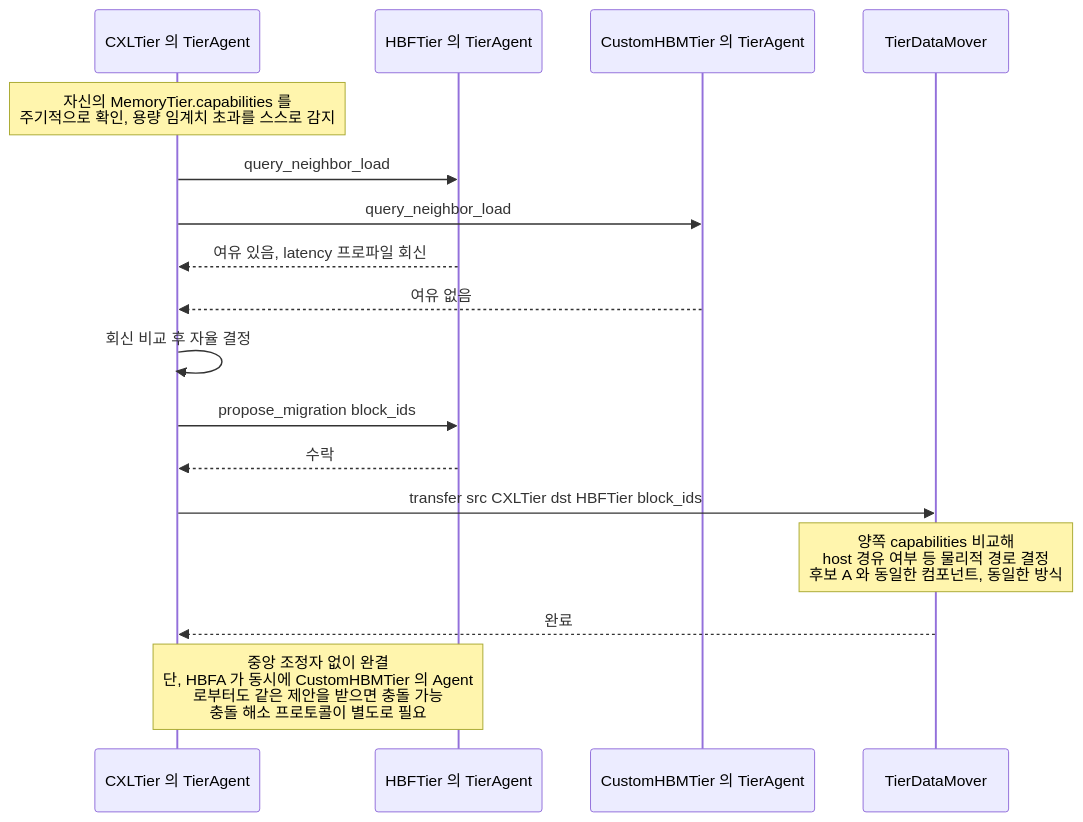
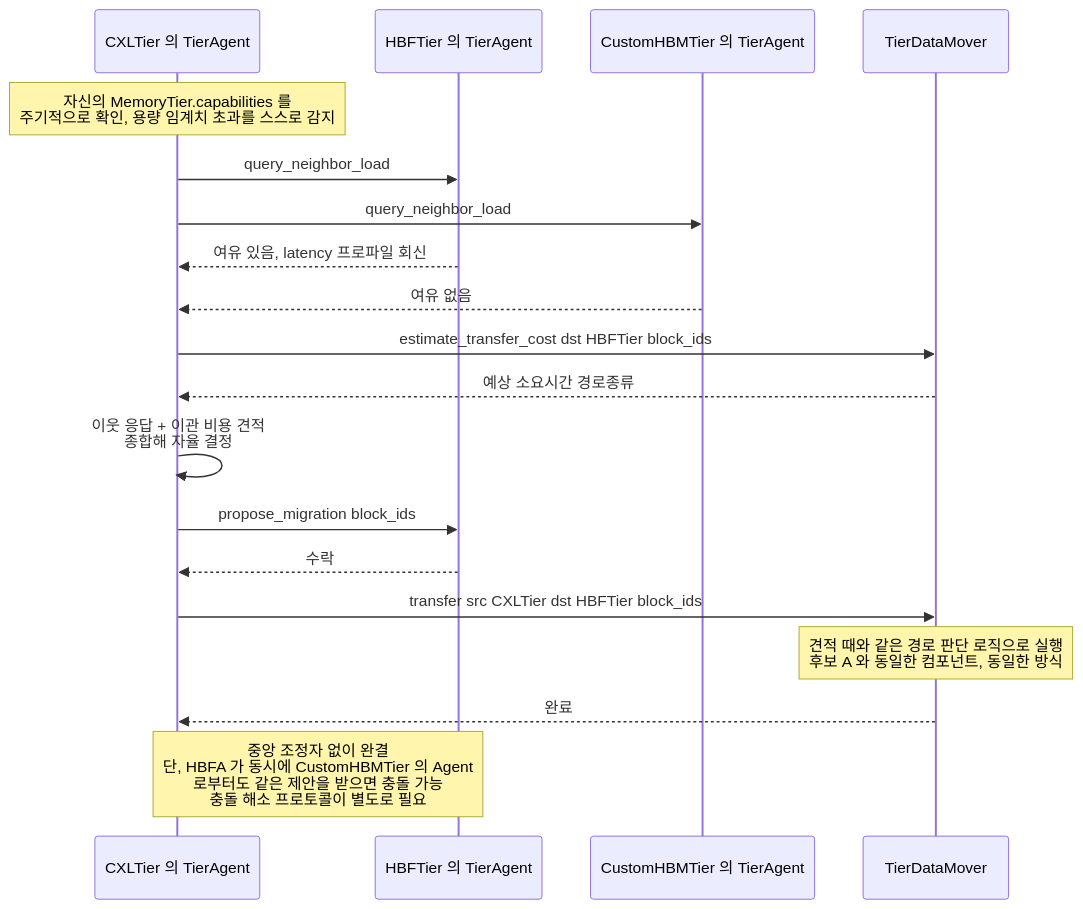
One commit to mkim0628/vllm changed the fourth of 4 diagrams in doc-mk/vllm-memory-coordination-locus-candidates.md. Above: the diagram before and after it, drawn with Mermaid. The commit also changed other lines of this file and 3 other files, not shown here.

````diff
--- a/doc-mk/vllm-memory-coordination-locus-candidates.md
+++ b/doc-mk/vllm-memory-coordination-locus-candidates.md
@@ -246,21 +273,23 @@
 ```mermaid
 sequenceDiagram
     participant CXLA as CXLTier 의 TierAgent
     participant HBFA as HBFTier 의 TierAgent
     participant CUSTOMA as CustomHBMTier 의 TierAgent
     participant MOVER as TierDataMover
 
     Note over CXLA: 자신의 MemoryTier.capabilities 를<br/>주기적으로 확인, 용량 임계치 초과를 스스로 감지
     CXLA->>HBFA: query_neighbor_load
     CXLA->>CUSTOMA: query_neighbor_load
     HBFA-->>CXLA: 여유 있음, latency 프로파일 회신
     CUSTOMA-->>CXLA: 여유 없음
-    CXLA->>CXLA: 회신 비교 후 자율 결정
+    CXLA->>MOVER: estimate_transfer_cost dst HBFTier block_ids
+    MOVER-->>CXLA: 예상 소요시간 경로종류
+    CXLA->>CXLA: 이웃 응답 + 이관 비용 견적<br/>종합해 자율 결정
     CXLA->>HBFA: propose_migration block_ids
     HBFA-->>CXLA: 수락
     CXLA->>MOVER: transfer src CXLTier dst HBFTier block_ids
-    Note over MOVER: 양쪽 capabilities 비교해<br/>host 경유 여부 등 물리적 경로 결정<br/>후보 A 와 동일한 컴포넌트, 동일한 방식
+    Note over MOVER: 견적 때와 같은 경로 판단 로직으로 실행<br/>후보 A 와 동일한 컴포넌트, 동일한 방식
     MOVER-->>CXLA: 완료
 
     Note over CXLA,HBFA: 중앙 조정자 없이 완결<br/>단, HBFA 가 동시에 CustomHBMTier 의 Agent<br/>로부터도 같은 제안을 받으면 충돌 가능<br/>충돌 해소 프로토콜이 별도로 필요
 ```
````
